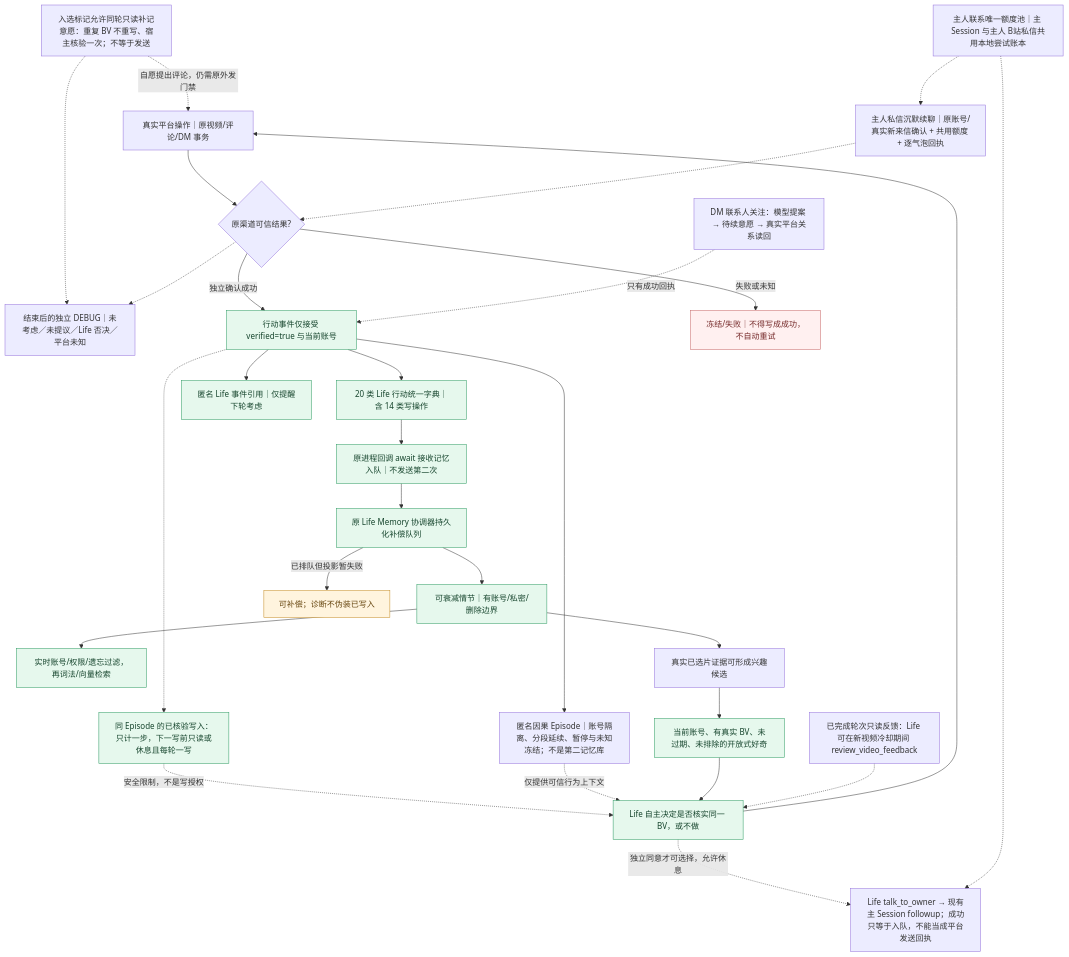
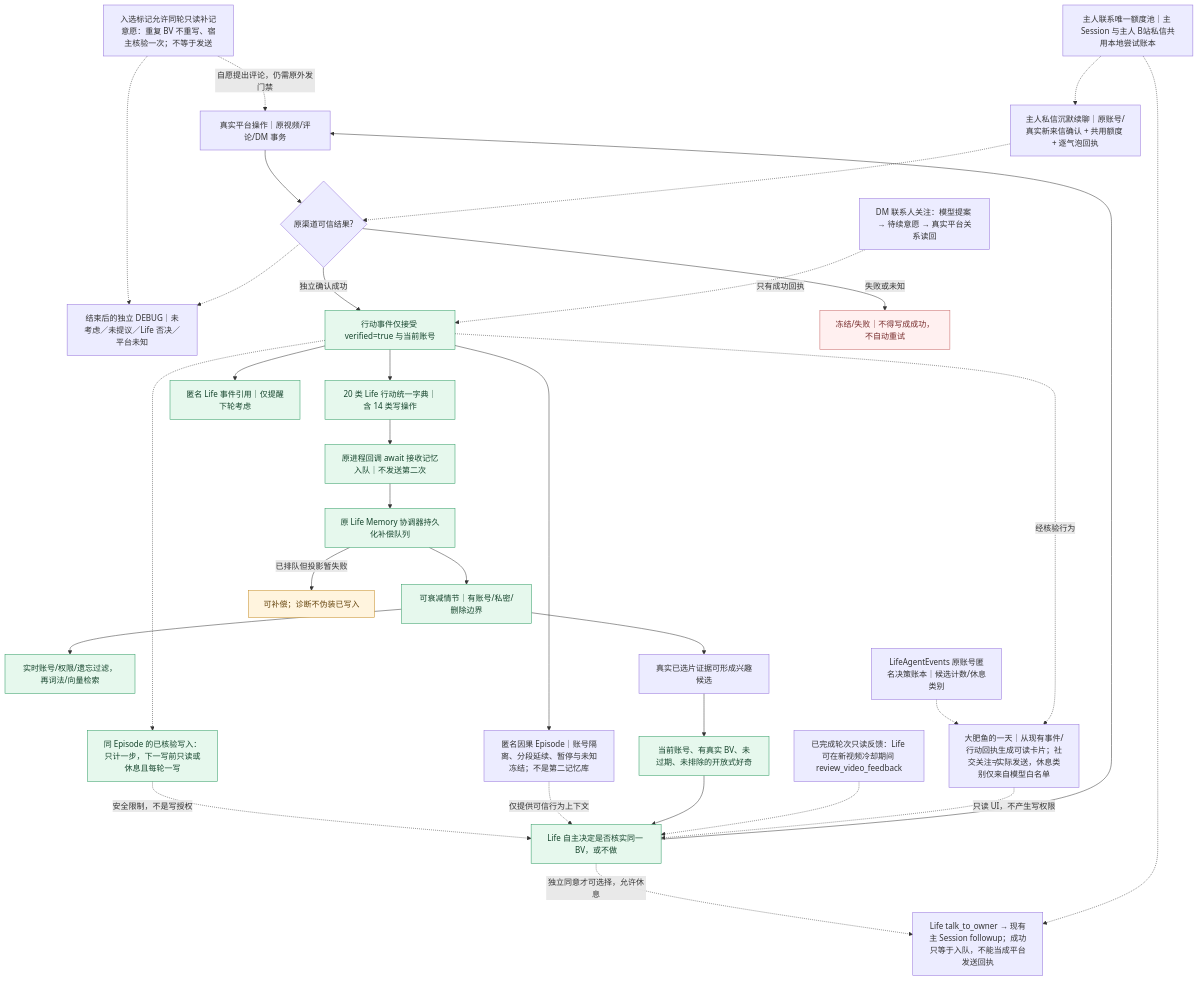
One commit to minedalang/dsh-dafeiyu-life changed the diagram in docs/architecture/diagrams/life-receipt-memory-current.mmd. Above: the diagram before and after it, drawn with Mermaid. The commit also changed 19 other files, not shown here.

```diff
--- a/docs/architecture/diagrams/life-receipt-memory-current.mmd
+++ b/docs/architecture/diagrams/life-receipt-memory-current.mmd
@@ -1,89 +1,98 @@
 %% 同版本 Life 补链维护：模型/菜单不是平台成功证据
 %% @code source | lib/life-video-action-bridge.mjs | createLifeVideoActionBridge
 %% @code commentReview | vendor/bilibili-mcp/mcp_server.py | async def bili_comment_consideration
 %% @code commentOutcome | lib/video-comment-readiness.mjs | classifyVideoCommentRound
 %% @code catalog | lib/life-action-memory.mjs | LIFE_ACTION_NAMES
 %% @code verified | lib/life-action-memory.mjs | export function verifiedLifeActionEvent
 %% @code wake | lib/life-agent-events.mjs | VERIFIED_COMPLETION_KINDS
 %% @code outbox | lib/life-memory-coordinator.mjs | createLifeMemoryCoordinator
 %% @code episode | lib/life-memory-gateway.mjs | function asEpisode
 %% @code recall | lib/life-memory-gateway.mjs | function recall
 %% @code growth | lib/life-interests.mjs | recordInterestEvents
 %% @code curiosity | lib/life-interests.mjs | scopedCuriosityOpportunityEvidence
 %% @code planner | lib/autonomous-planner.mjs | export function plannerActionMenu
 %% @code bridge | index.js | const rememberVerifiedLifeAction
 %% @code unknown | lib/life-continuation-write.mjs | status:'uncertain'
 flowchart TB
   source["真实平台操作｜原视频/评论/DM 事务"]
   universalCausal["匿名因果 Episode｜账号隔离、分段延续、暂停与未知冻结；不是第二记忆库"]
   postWrite["同 Episode 的已核验写入：只计一步，下一写前只读或休息且每轮一写"]
   commentReview["入选标记允许同轮只读补记意愿：重复 BV 不重写、宿主核验一次；不等于发送"]
   commentOutcome["结束后的独立 DEBUG｜未考虑／未提议／Life 否决／平台未知"]
   receipt{"原渠道可信结果?"}
   verified["行动事件仅接受 verified=true 与当前账号"]
   unknown["冻结/失败｜不得写成成功，不自动重试"]
   catalog["20 类 Life 行动统一字典｜含 14 类写操作"]
   wake["匿名 Life 事件引用｜仅提醒下轮考虑"]
   bridge["原进程回调 await 接收记忆入队｜不发送第二次"]
   outbox["原 Life Memory 协调器持久化补偿队列"]
   episode["可衰减情节｜有账号/私密/删除边界"]
   pending["可补偿；诊断不伪装已写入"]
   recall["实时账号/权限/遗忘过滤，再词法/向量检索"]
   growth["真实已选片证据可形成兴趣候选"]
   curiosity["当前账号、有真实 BV、未过期、未排除的开放式好奇"]
   planner["Life 自主决定是否核实同一 BV，或不做"]
   videoFeedback["已完成轮次只读反馈：Life 可在新视频冷却期间 review_video_feedback"]
   commentReview -.->|自愿提出评论，仍需原外发门禁| source
   commentReview -.-> commentOutcome
   source --> receipt
   verified -.-> postWrite -.->|安全限制，不是写授权| planner
   receipt -.-> commentOutcome
   receipt -->|独立确认成功| verified
   receipt -->|失败或未知| unknown
   verified --> catalog
   verified --> universalCausal
   verified --> wake
   catalog --> bridge
   bridge --> outbox
   outbox --> episode
   outbox -->|已排队但投影暂失败| pending
   episode --> recall
   universalCausal -.->|仅提供可信行为上下文| planner
   episode --> growth
   growth --> curiosity
   curiosity --> planner
   videoFeedback -.-> planner
+  ownerDiary["大肥鱼的一天｜从现有事件/行动回执生成可读卡片；社交关注≠实际发送，休息类别仅来自模型白名单"]
+  lifeEventJournal["LifeAgentEvents 原账号匿名决策账本｜候选计数/休息类别"]
+  lifeEventJournal -.-> ownerDiary
+  verified -.->|经核验行为| ownerDiary
+  ownerDiary -.->|只读 UI，不产生写权限| planner
   planner --> source
   ownerFollowup["Life talk_to_owner → 现有主 Session followup；成功只等于入队，不能当成平台发送回执"]
   planner -.->|独立同意才可选择，允许休息| ownerFollowup
   ownerDmSilence["主人私信沉默续聊｜原账号/真实新来信确认 + 共用额度 + 逐气泡回执"]
   ownerContactQuota["主人联系唯一额度池｜主 Session 与主人 B站私信共用本地尝试账本"]
   ownerContactQuota -.-> ownerFollowup
   ownerContactQuota -.-> ownerDmSilence
   ownerDmSilence -.-> receipt
   classDef green fill:#e6f8ed,stroke:#2a9961,color:#16452d
   classDef yellow fill:#fff4de,stroke:#c48a20,color:#65440d
   classDef red fill:#fff0f0,stroke:#c66565,color:#762b2b
   class verified,catalog,wake,bridge,outbox,episode,recall,curiosity,planner,postWrite green
   class pending yellow
   class unknown red
 
 %% @code postWrite | lib/life-opportunities.mjs | entry.writeAftercare='read-or-rest'
 
 %% @code universalCausal | lib/life-universal-episodes.mjs | export function createUniversalLifeEpisodes
 
 %% @code commentReview | vendor/bilibili-mcp/mcp_server.py | async def bili_ledger_mark
 
 %% @code videoFeedback | lib/autonomous-planner.mjs | action:'review_video_feedback'
 
 %% dev.38 真实平台关系读回后才入 Life Episode，原可衰减记忆可按动作类别描述。
 dmFollowReceipt["DM 联系人关注：模型提案 → 待续意愿 → 真实平台关系读回"]
 dmFollowReceipt -.->|只有成功回执| verified
 %% @code dmFollowReceipt | index.js | receiptId:'bili-relation-follow:'
 
 %% dev.42: host followup != independently confirmed platform delivery.
 %% @code ownerFollowup | lib/main-session-bridge.mjs | const initiateOwnerChat=
 
 %% dev.44: no new memory store or channel; one quota ledger.
 %% @code ownerDmSilence | lib/owner-dm-agent.mjs | const considerSilence=async()=>
 %% @code ownerContactQuota | lib/main-session-bridge.mjs | const reserveOwnerContact=
+
+%% dev.47: only readable projection from existing ledger and trusted receipts.
+%% @code ownerDiary | lib/life-timeline.mjs | const restCard=
+%% @code lifeEventJournal | lib/life-agent-events.mjs | export const LIFE_REST_REASON_CODES
```
